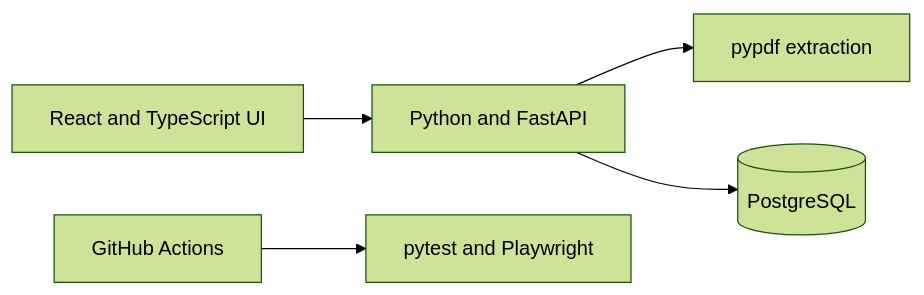
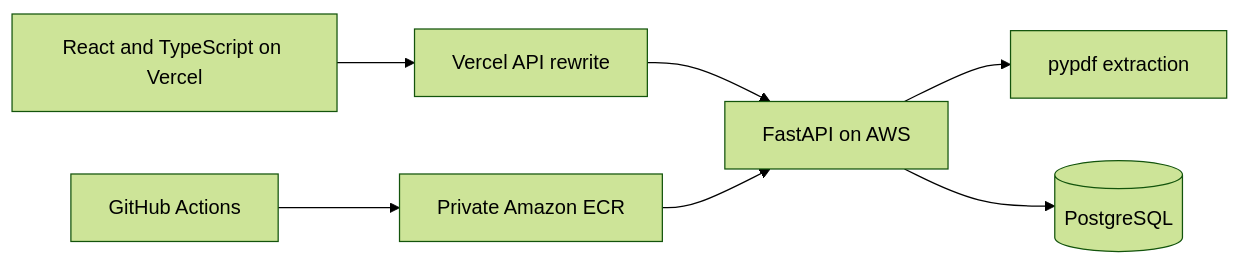
The diagram in README.md (ShivamP63/intelligent-document-ai-platform), drawn with Mermaid (forest theme) before and after one commit. The commit also changed other lines of this file, not shown here.

Commit message:
docs: update README for live AWS backend deployment

```diff
--- a/README.md
+++ b/README.md
@@ -24,7 +34,9 @@
 ~~~mermaid
 flowchart LR
-    UI[React and TypeScript UI] --> API[Python and FastAPI]
+    UI[React and TypeScript on Vercel] --> RW[Vercel API rewrite]
+    RW --> API[FastAPI on AWS]
     API --> PDF[pypdf extraction]
     API --> DB[(PostgreSQL)]
-    CI[GitHub Actions] --> TEST[pytest and Playwright]
+    CI[GitHub Actions] --> ECR[Private Amazon ECR]
+    ECR --> API
 ~~~
```
